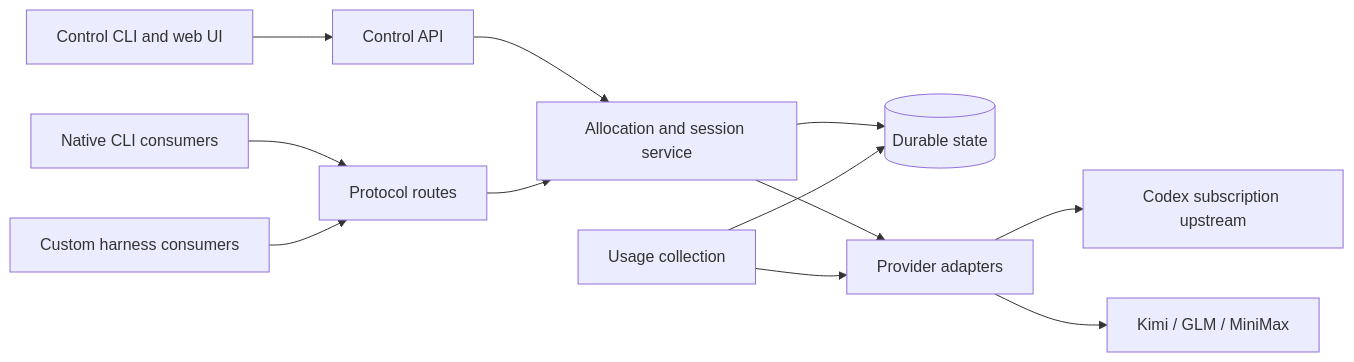
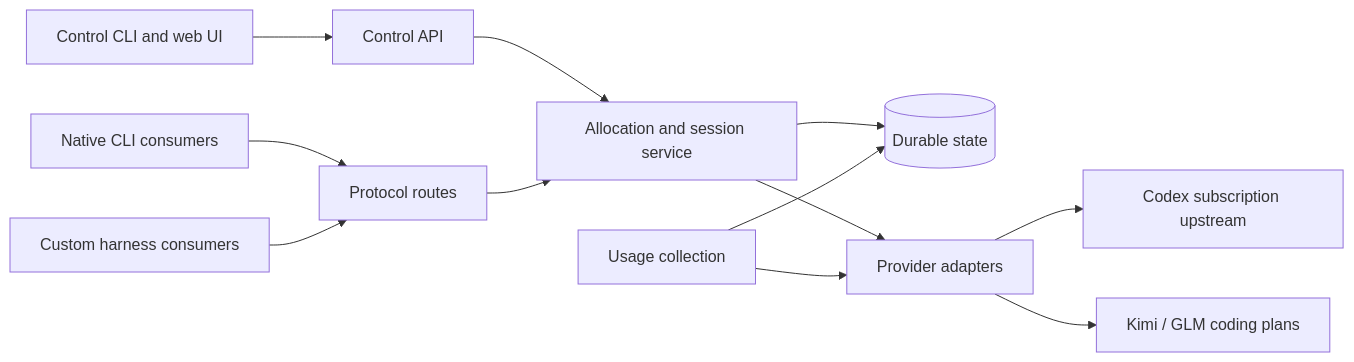
Before and after one commit to invidious9000/poolparty: the diagram in design/architecture.md, drawn with Mermaid. The commit also changed other lines of this file and 18 other files, not shown here.

````diff
--- a/design/architecture.md
+++ b/design/architecture.md
@@ -26,14 +28,14 @@
 ```mermaid
 flowchart LR
   CLI[Native CLI consumers] --> R[Protocol routes]
   Harness[Custom harness consumers] --> R
   Client[Control CLI and web UI] --> API[Control API]
   API --> Core[Allocation and session service]
   R --> Core
   Core --> DB[(Durable state)]
   Core --> Adapters[Provider adapters]
   Adapters --> Codex[Codex subscription upstream]
-  Adapters --> Others[Kimi / GLM / MiniMax]
+  Adapters --> Others[Kimi / GLM coding plans]
   Collect[Usage collection] --> Adapters
   Collect --> DB
 ```
````
